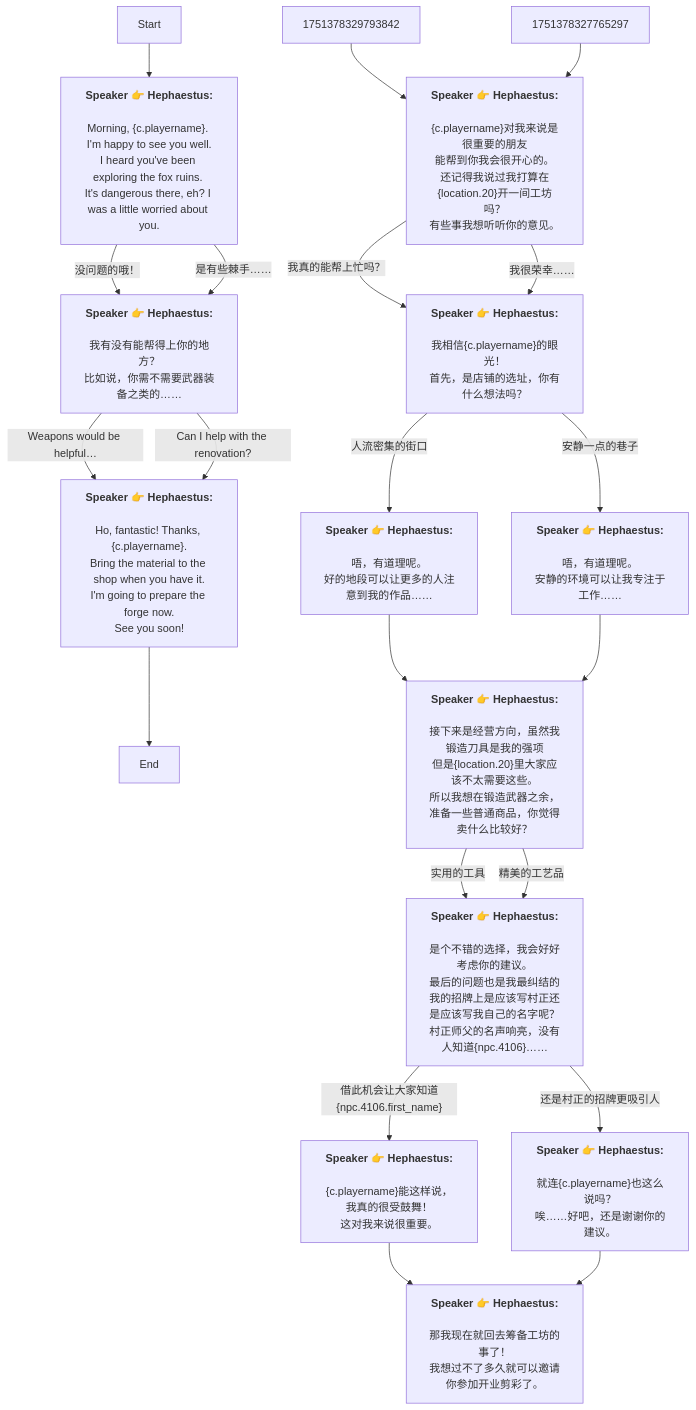
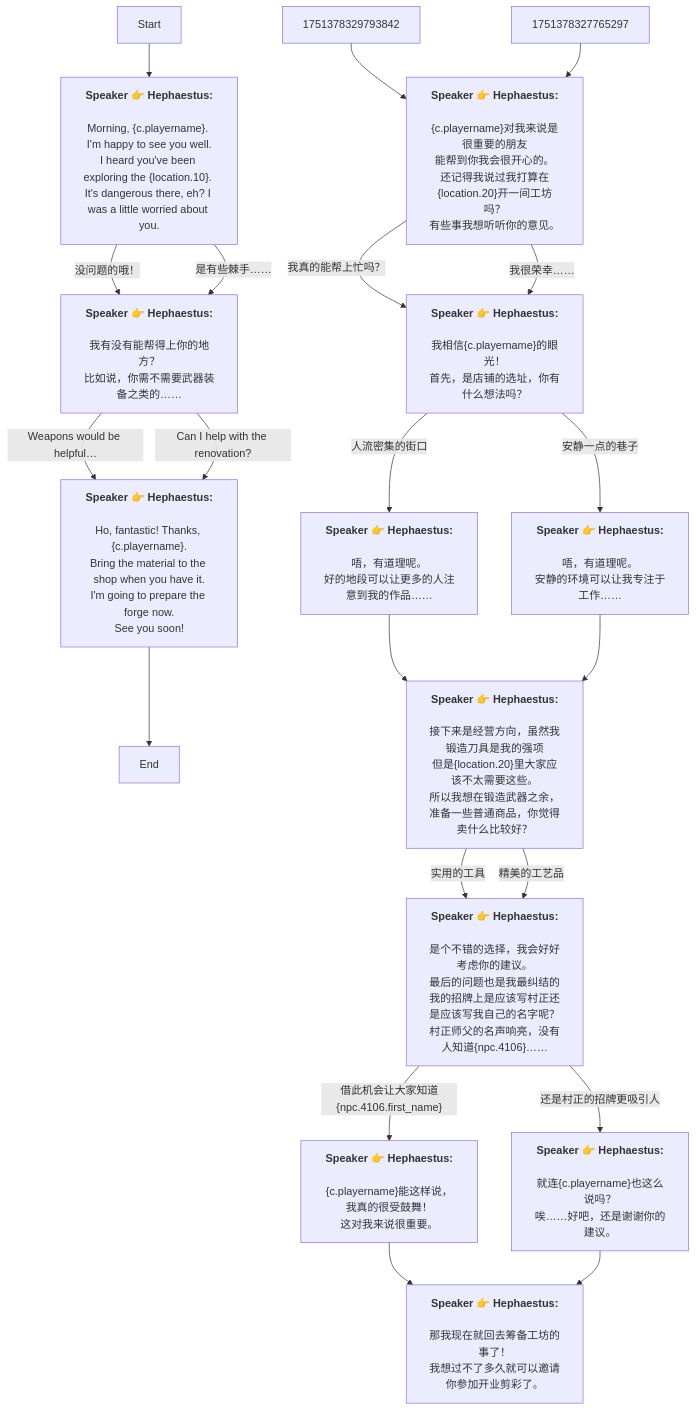
Before and after one commit to SoftHu/tos_avg: the diagram in Zh/QuestStartTalkENode_1751372301812003.md, drawn with Mermaid. The commit also changed 730 other files, not shown here.

````diff
--- a/Zh/QuestStartTalkENode_1751372301812003.md
+++ b/Zh/QuestStartTalkENode_1751372301812003.md
@@ -1,69 +1,69 @@
 ```mermaid
 graph
 Start -->1751377615148325[<b>Speaker 👉 Hephaestus:</b>
 \nMorning, &lbrace;c.playername&rbrace;. 
-I'm happy to see you well.\nI heard you've been exploring the fox ruins. 
+I'm happy to see you well.\nI heard you've been exploring the &lbrace;location.10&rbrace;. 
 It's dangerous there, eh? I was a little worried about you.]
 1751377615148325 -->|没问题的哦！|1751378039158059[<b>Speaker 👉 Hephaestus:</b>
 \n我有没有能帮得上你的地方？
 比如说，你需不需要武器装备之类的……]
 1751377615148325 -->|是有些棘手……|1751378039158059[<b>Speaker 👉 Hephaestus:</b>
 \n我有没有能帮得上你的地方？
 比如说，你需不需要武器装备之类的……]
 1751378039158059 -->|Weapons would be helpful…|1771882614715479[<b>Speaker 👉 Hephaestus:</b>
 \nHo, fantastic! Thanks, &lbrace;c.playername&rbrace;.
 Bring the material to the shop when you have it.\nI'm going to prepare the forge now.
 See you soon!]
 1751378039158059 -->| Can I help with the renovation?|1771882614715479[<b>Speaker 👉 Hephaestus:</b>
 \nHo, fantastic! Thanks, &lbrace;c.playername&rbrace;.
 Bring the material to the shop when you have it.\nI'm going to prepare the forge now.
 See you soon!]
 1771882614715479 -->1751444812541539[End]
 1751378329793842 -->1751442595199554[<b>Speaker 👉 Hephaestus:</b>
 \n&lbrace;c.playername&rbrace;对我来说是很重要的朋友
 能帮到你我会很开心的。\n还记得我说过我打算在&lbrace;location.20&rbrace;开一间工坊吗？
 有些事我想听听你的意见。]
 1751442595199554 -->|我真的能帮上忙吗？|1751442854535753[<b>Speaker 👉 Hephaestus:</b>
 \n我相信&lbrace;c.playername&rbrace;的眼光！\n首先，是店铺的选址，你有什么想法吗？]
 1751442595199554 -->|我很荣幸……|1751442854535753[<b>Speaker 👉 Hephaestus:</b>
 \n我相信&lbrace;c.playername&rbrace;的眼光！\n首先，是店铺的选址，你有什么想法吗？]
 1751442854535753 -->|安静一点的巷子|1751443333373520[<b>Speaker 👉 Hephaestus:</b>
 \n唔，有道理呢。
 安静的环境可以让我专注于工作……]
 1751442854535753 -->|人流密集的街口|1751443330296399[<b>Speaker 👉 Hephaestus:</b>
 \n唔，有道理呢。
 好的地段可以让更多的人注意到我的作品……]
 1751443330296399 -->1751443519333969[<b>Speaker 👉 Hephaestus:</b>
 \n接下来是经营方向，虽然我锻造刀具是我的强项
 但是&lbrace;location.20&rbrace;里大家应该不太需要这些。
 所以我想在锻造武器之余，准备一些普通商品，你觉得卖什么比较好？]
 1751443519333969 -->|实用的工具|1751444020978263[<b>Speaker 👉 Hephaestus:</b>
 \n是个不错的选择，我会好好考虑你的建议。\n最后的问题也是我最纠结的
 我的招牌上是应该写村正还是应该写我自己的名字呢？
 村正师父的名声响亮，没有人知道&lbrace;npc.4106&rbrace;……]
 1751443519333969 -->|精美的工艺品|1751444020978263[<b>Speaker 👉 Hephaestus:</b>
 \n是个不错的选择，我会好好考虑你的建议。\n最后的问题也是我最纠结的
 我的招牌上是应该写村正还是应该写我自己的名字呢？
 村正师父的名声响亮，没有人知道&lbrace;npc.4106&rbrace;……]
 1751444020978263 -->|还是村正的招牌更吸引人|1751444372518497[<b>Speaker 👉 Hephaestus:</b>
 \n就连&lbrace;c.playername&rbrace;也这么说吗？
 唉……好吧，还是谢谢你的建议。]
 1751444020978263 -->|借此机会让大家知道&lbrace;npc.4106.first_name&rbrace;|1751444367376992[<b>Speaker 👉 Hephaestus:</b>
 \n&lbrace;c.playername&rbrace;能这样说，我真的很受鼓舞！
 这对我来说很重要。]
 1751444367376992 -->1751444603660898[<b>Speaker 👉 Hephaestus:</b>
 \n那我现在就回去筹备工坊的事了！
 我想过不了多久就可以邀请你参加开业剪彩了。]
 1751444372518497 -->1751444603660898[<b>Speaker 👉 Hephaestus:</b>
 \n那我现在就回去筹备工坊的事了！
 我想过不了多久就可以邀请你参加开业剪彩了。]
 1751443333373520 -->1751443519333969[<b>Speaker 👉 Hephaestus:</b>
 \n接下来是经营方向，虽然我锻造刀具是我的强项
 但是&lbrace;location.20&rbrace;里大家应该不太需要这些。
 所以我想在锻造武器之余，准备一些普通商品，你觉得卖什么比较好？]
 1751378327765297 -->1751442595199554[<b>Speaker 👉 Hephaestus:</b>
 \n&lbrace;c.playername&rbrace;对我来说是很重要的朋友
 能帮到你我会很开心的。\n还记得我说过我打算在&lbrace;location.20&rbrace;开一间工坊吗？
 有些事我想听听你的意见。]
 
 ```
````
